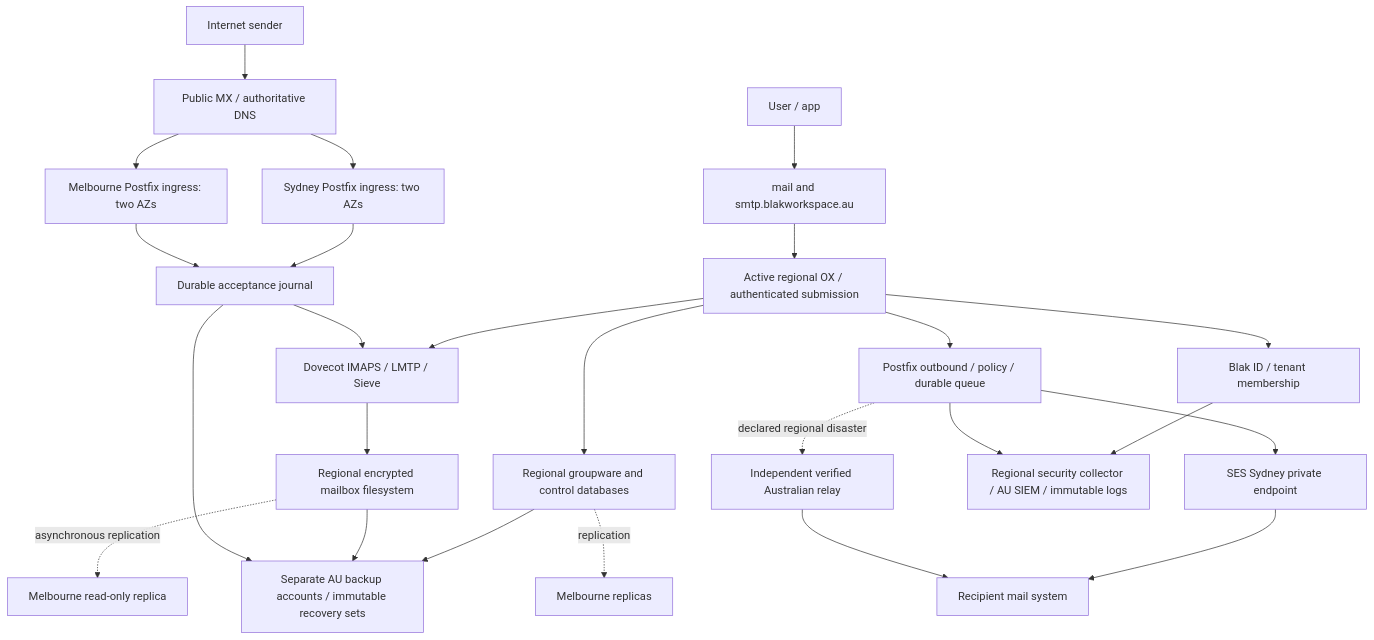
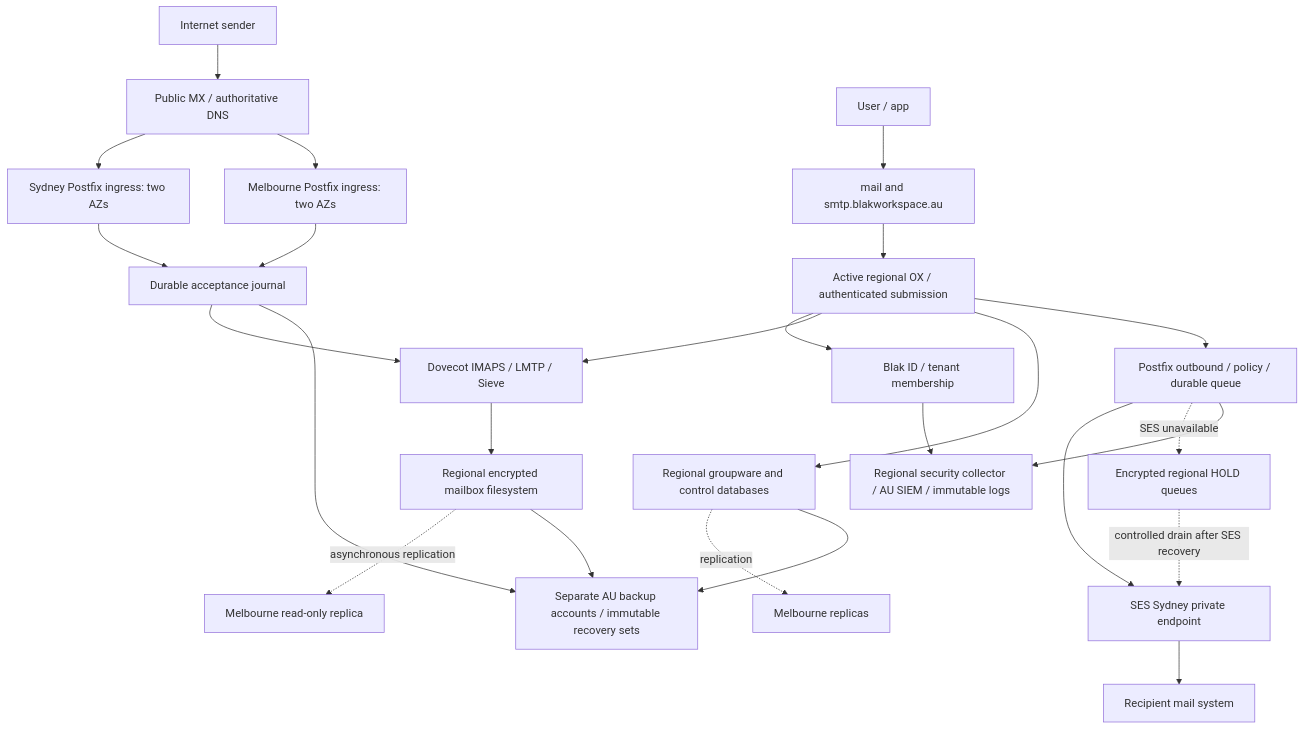
One commit to yumaitau/BlakWorkspace changed the diagram in docs/mail/architecture.md. Above: the diagram before and after it, drawn with Mermaid. The commit also changed other lines of this file and 17 other files, not shown here.

Commit message:
Consolidate Australian mail foundation and SES outage policy

````diff
--- a/docs/mail/architecture.md
+++ b/docs/mail/architecture.md
@@ -14,27 +14,27 @@
 ```mermaid
 flowchart TB
   IN[Internet sender] --> DNS[Public MX / authoritative DNS]
   DNS --> SSMTP[Sydney Postfix ingress: two AZs]
   DNS --> MSMTP[Melbourne Postfix ingress: two AZs]
   U[User / app] --> ENTRY[mail and smtp.blakworkspace.au]
   ENTRY --> OX[Active regional OX / authenticated submission]
   OX --> ID[Blak ID / tenant membership]
   OX --> DV[Dovecot IMAPS / LMTP / Sieve]
   SSMTP --> J[Durable acceptance journal]
   MSMTP --> J
   J --> DV
   DV --> FS[Regional encrypted mailbox filesystem]
   FS -. asynchronous replication .-> DRFS[Melbourne read-only replica]
   OX --> DB[Regional groupware and control databases]
   DB -. replication .-> DRDB[Melbourne replicas]
   OX --> OUT[Postfix outbound / policy / durable queue]
   OUT --> SES[SES Sydney private endpoint]
-  OUT -. declared regional disaster .-> RELAY[Independent verified Australian relay]
+  OUT -. SES unavailable .-> HOLD[Encrypted regional HOLD queues]
+  HOLD -. controlled drain after SES recovery .-> SES
   SES --> EXT[Recipient mail system]
-  RELAY --> EXT
   DB --> BACKUP[Separate AU backup accounts / immutable recovery sets]
   FS --> BACKUP
   J --> BACKUP
   ID --> AUDIT[Regional security collector / AU SIEM / immutable logs]
   OUT --> AUDIT
 ```
````
